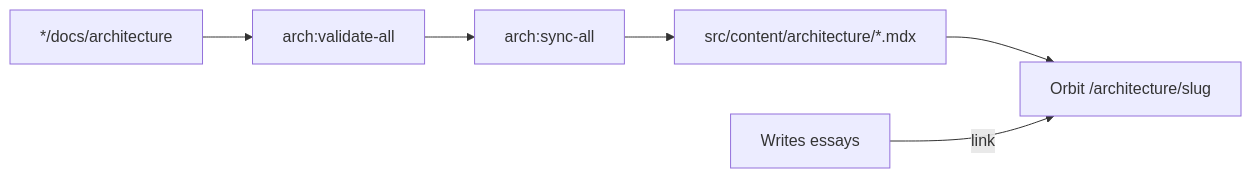
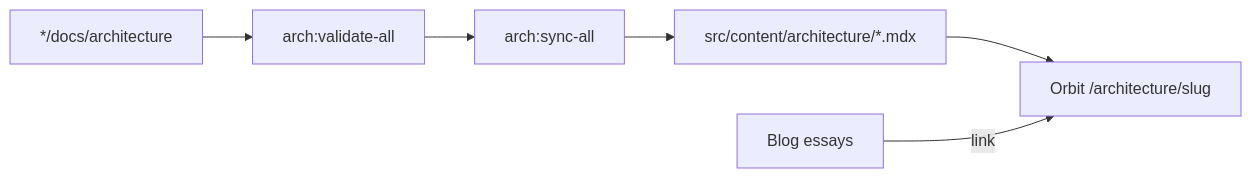
Before and after one commit to AlexTouvras/Orbit: the diagram in docs/architecture/diagram-pipeline.md, drawn with Mermaid. The commit also changed 34 other files, not shown here.

````diff
--- a/docs/architecture/diagram-pipeline.md
+++ b/docs/architecture/diagram-pipeline.md
@@ -3,8 +3,8 @@
 ```mermaid
 flowchart LR
   Projects[*/docs/architecture] --> Validate[arch:validate-all]
   Validate --> Sync[arch:sync-all]
   Sync --> Arch[src/content/architecture/*.mdx]
   Arch --> Orbit[Orbit /architecture/slug]
-  Essays[Writes essays] -->|link| Orbit
+  Essays[Blog essays] -->|link| Orbit
 ```
````
